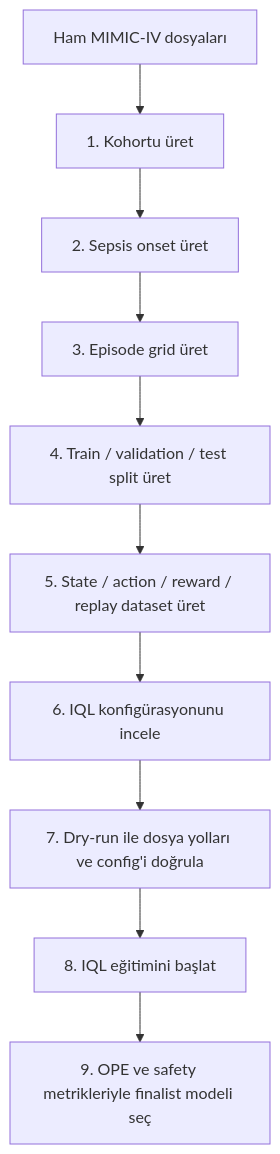
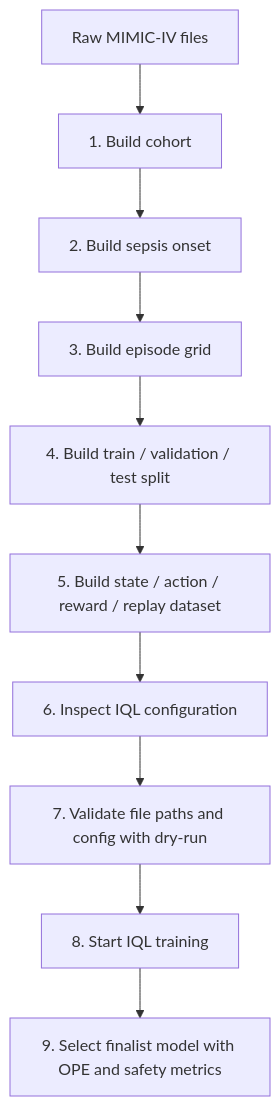
One commit to furkan-uzmez/mimic-sepsis-drl changed the diagram in README.md. Above: the diagram before and after it, drawn with Mermaid. The commit also changed other lines of this file and 1 other file, not shown here.

````diff
--- a/README.md
+++ b/README.md
@@ -94,12 +94,12 @@
 ```mermaid
 flowchart TD
-    A[Ham MIMIC-IV dosyaları] --> B[1. Kohortu üret]
-    B --> C[2. Sepsis onset üret]
-    C --> D[3. Episode grid üret]
-    D --> E[4. Train / validation / test split üret]
-    E --> F[5. State / action / reward / replay dataset üret]
-    F --> G[6. IQL konfigürasyonunu incele]
-    G --> H[7. Dry-run ile dosya yolları ve config'i doğrula]
-    H --> I[8. IQL eğitimini başlat]
-    I --> J[9. OPE ve safety metrikleriyle finalist modeli seç]
+    A[Raw MIMIC-IV files] --> B[1. Build cohort]
+    B --> C[2. Build sepsis onset]
+    C --> D[3. Build episode grid]
+    D --> E[4. Build train / validation / test split]
+    E --> F[5. Build state / action / reward / replay dataset]
+    F --> G[6. Inspect IQL configuration]
+    G --> H[7. Validate file paths and config with dry-run]
+    H --> I[8. Start IQL training]
+    I --> J[9. Select finalist model with OPE and safety metrics]
 ```
````
